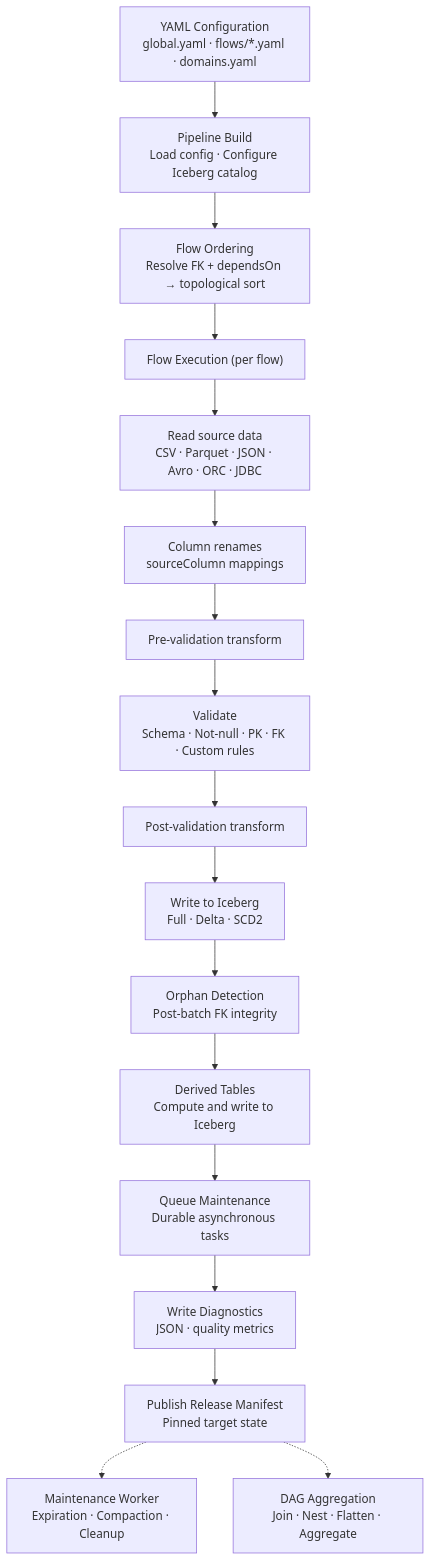
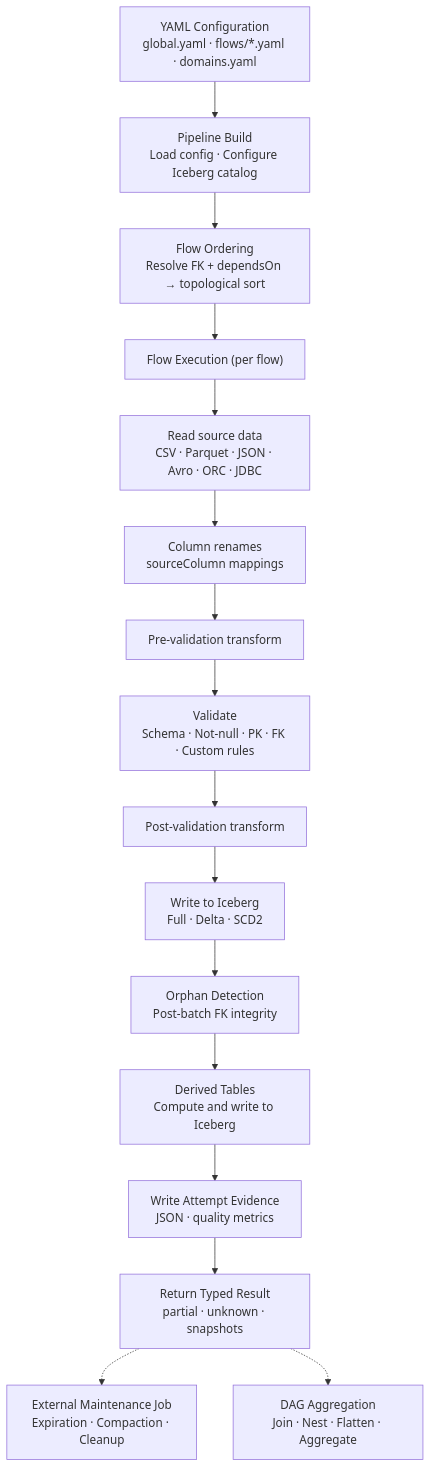
The diagram in site-docs/architecture/overview.md (giacomoaccursi/Floe), drawn with Mermaid before and after one commit. The commit also changed other lines of this file and 20 other files, not shown here.

````diff
--- a/site-docs/architecture/overview.md
+++ b/site-docs/architecture/overview.md
@@ -7,26 +7,25 @@
 ```mermaid
 graph TD
     YAML["YAML Configuration<br/>global.yaml · flows/*.yaml · domains.yaml"]
     BUILD["Pipeline Build<br/>Load config · Configure Iceberg catalog"]
     ORDER["Flow Ordering<br/>Resolve FK + dependsOn → topological sort"]
     EXEC["Flow Execution (per flow)"]
     READ["Read source data<br/>CSV · Parquet · JSON · Avro · ORC · JDBC"]
     RENAME["Column renames<br/>sourceColumn mappings"]
     PRE["Pre-validation transform"]
     VAL["Validate<br/>Schema · Not-null · PK · FK · Custom rules"]
     POST["Post-validation transform"]
     WRITE["Write to Iceberg<br/>Full · Delta · SCD2"]
     ORPHAN["Orphan Detection<br/>Post-batch FK integrity"]
     DERIVED["Derived Tables<br/>Compute and write to Iceberg"]
-    QUEUE["Queue Maintenance<br/>Durable asynchronous tasks"]
-    DIAG["Write Diagnostics<br/>JSON · quality metrics"]
-    RELEASE["Publish Release Manifest<br/>Pinned target state"]
-    WORKER["Maintenance Worker<br/>Expiration · Compaction · Cleanup"]
+    DIAG["Write Attempt Evidence<br/>JSON · quality metrics"]
+    RESULT["Return Typed Result<br/>partial · unknown · snapshots"]
+    WORKER["External Maintenance Job<br/>Expiration · Compaction · Cleanup"]
     DAG["DAG Aggregation<br/>Join · Nest · Flatten · Aggregate"]
 
     YAML --> BUILD --> ORDER --> EXEC
     EXEC --> READ --> RENAME --> PRE --> VAL --> POST --> WRITE
-    WRITE --> ORPHAN --> DERIVED --> QUEUE --> DIAG --> RELEASE
-    RELEASE -.-> WORKER
-    RELEASE -.-> DAG
+    WRITE --> ORPHAN --> DERIVED --> DIAG --> RESULT
+    RESULT -.-> WORKER
+    RESULT -.-> DAG
 ```
````
